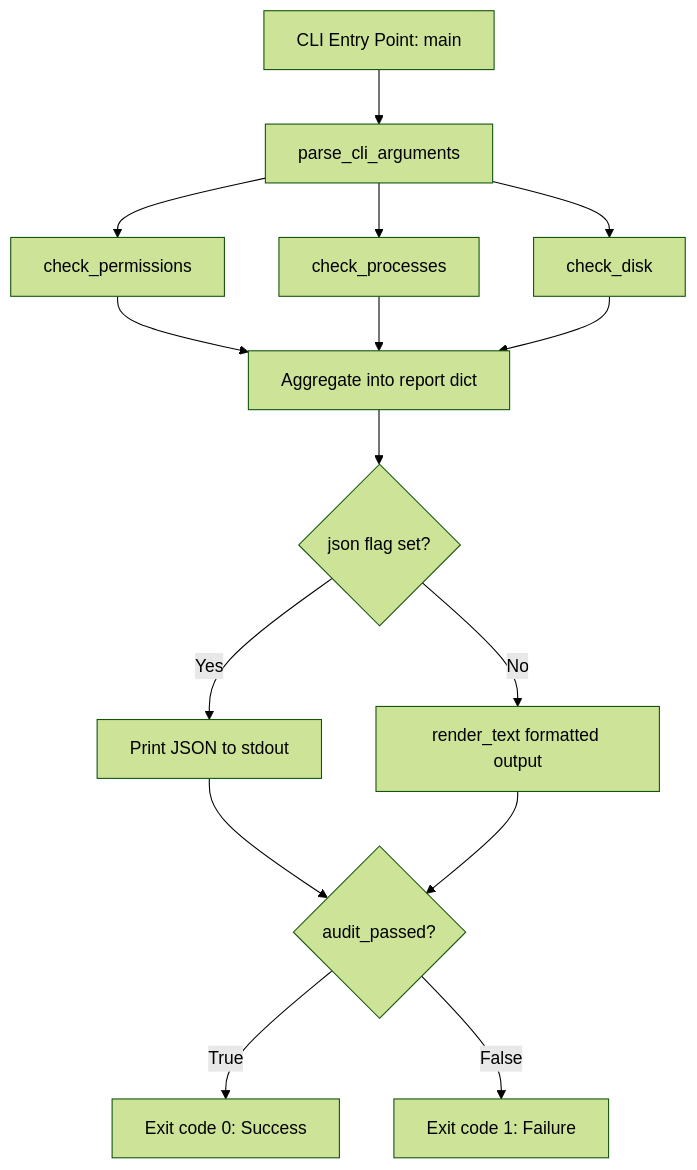
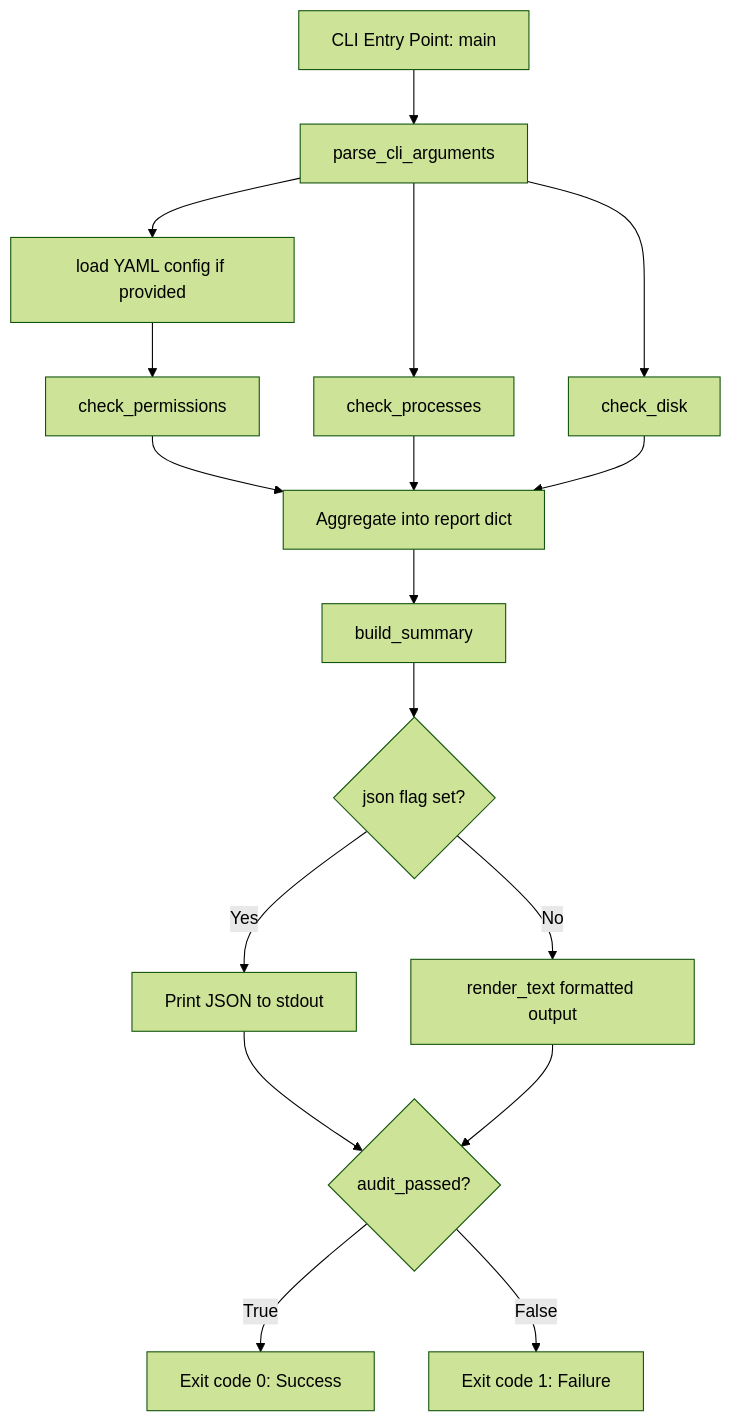
Before and after one commit to ayoubmouhib/sysaudit: the diagram in README.md, drawn with Mermaid (forest theme). The commit also changed other lines of this file, not shown here.

````diff
--- a/README.md
+++ b/README.md
@@ -49,17 +51,19 @@
 ```mermaid
 flowchart TD
     A[CLI Entry Point: main] --> B[parse_cli_arguments]
-    B --> C1[check_permissions]
-    B --> C2[check_processes]
-    B --> C3[check_disk]
-    C1 --> D[Aggregate into report dict]
-    C2 --> D
+    B --> C1[load YAML config if provided]
+    C1 --> C2[check_permissions]
+    B --> C3[check_processes]
+    B --> C4[check_disk]
+    C2 --> D[Aggregate into report dict]
     C3 --> D
-    D --> E{json flag set?}
-    E -- Yes --> F[Print JSON to stdout]
-    E -- No --> G[render_text formatted output]
-    F --> H{audit_passed?}
-    G --> H
-    H -- True --> I[Exit code 0: Success]
-    H -- False --> J[Exit code 1: Failure]
+    C4 --> D
+    D --> E[build_summary]
+    E --> F{json flag set?}
+    F -- Yes --> G[Print JSON to stdout]
+    F -- No --> H[render_text formatted output]
+    G --> I{audit_passed?}
+    H --> I
+    I -- True --> J[Exit code 0: Success]
+    I -- False --> K[Exit code 1: Failure]
 ```
````
